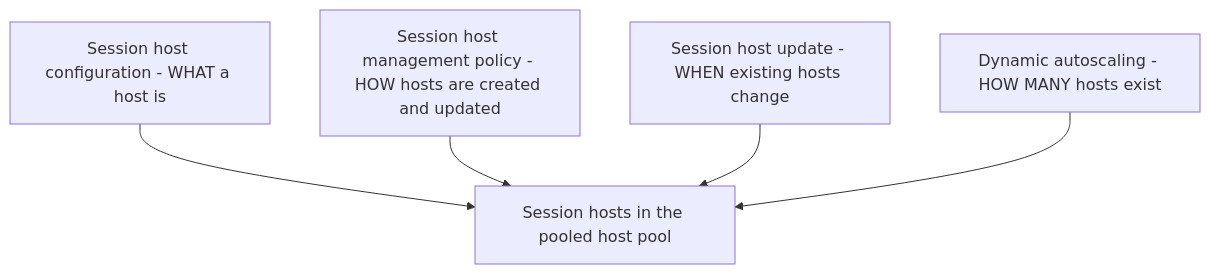
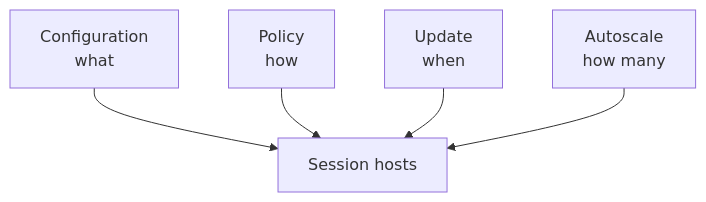
The second of 4 diagrams in docs/overview/how-it-fits-together.md (marckean/AVD-Reference_Architecture), drawn with Mermaid before and after one commit. The commit also changed other lines of this file and 125 other files, not shown here.

````diff
--- a/docs/overview/how-it-fits-together.md
+++ b/docs/overview/how-it-fits-together.md
@@ -102,12 +79,7 @@
 ```mermaid
 flowchart TB
-    SHC["Session host configuration - WHAT a host is"]
-    POL["Session host management policy - HOW hosts are created and updated"]
-    SHU["Session host update - WHEN existing hosts change"]
-    AS["Dynamic autoscaling - HOW MANY hosts exist"]
-    HP["Session hosts in the pooled host pool"]
-    SHC --> HP
-    POL --> HP
-    SHU --> HP
-    AS --> HP
+    SHC["Configuration<br/>what"] --> HP["Session hosts"]
+    POL["Policy<br/>how"] --> HP
+    SHU["Update<br/>when"] --> HP
+    AS["Autoscale<br/>how many"] --> HP
 ```
````
